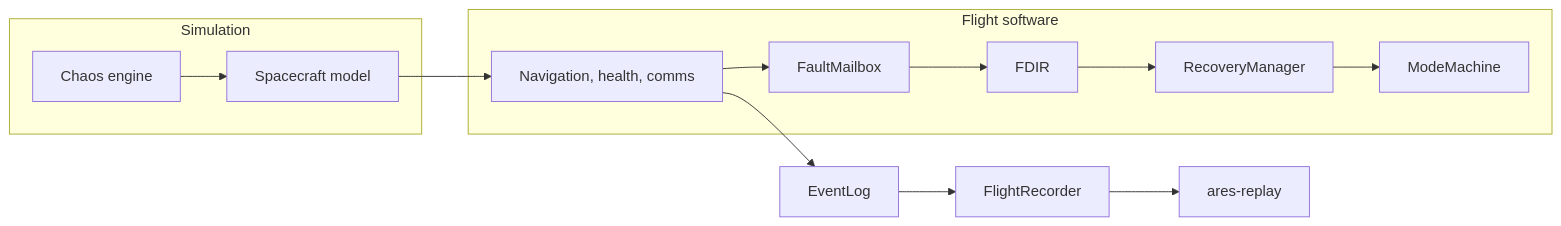
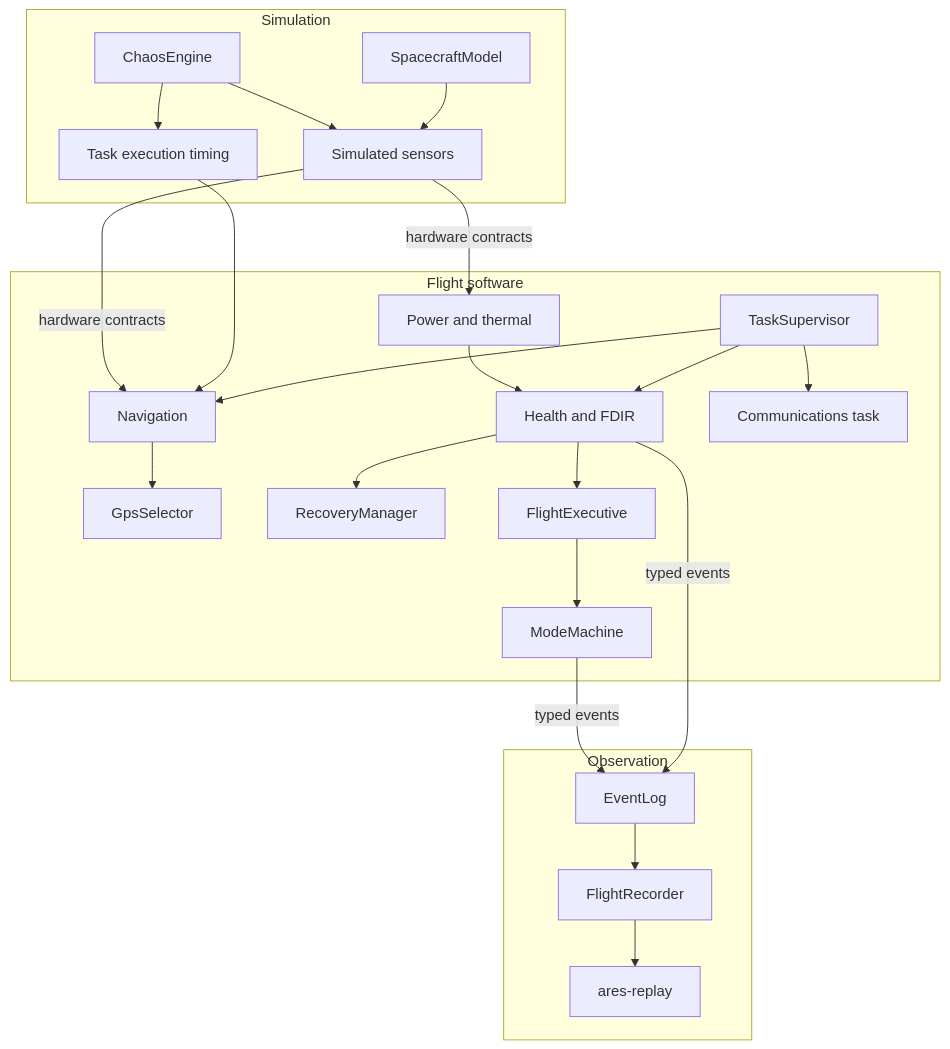
Before and after one commit to anthonyricevuto3-lab/ares: the diagram in README.md, drawn with Mermaid. The commit also changed other lines of this file and 17 other files, not shown here.

````diff
--- a/README.md
+++ b/README.md
@@ -40,20 +39,42 @@
 ```mermaid
-flowchart LR
-  subgraph simulation [Simulation]
-    Chaos[Chaos engine]
-    Craft[Spacecraft model]
+flowchart TB
+  subgraph sim [Simulation]
+    Craft[SpacecraftModel]
+    Chaos[ChaosEngine]
+    Sensors[Simulated sensors]
+    Timing[Task execution timing]
+    Craft --> Sensors
+    Chaos --> Sensors
+    Chaos --> Timing
   end
   subgraph flight [Flight software]
-    Tasks[Navigation, health, comms]
-    Box[FaultMailbox]
-    Fdir[FDIR]
-    Recovery[RecoveryManager]
+    Sup[TaskSupervisor]
+    Nav[Navigation]
+    Health[Health and FDIR]
+    Power[Power and thermal]
+    Comms[Communications task]
+    Gps[GpsSelector]
+    Recov[RecoveryManager]
+    Exec[FlightExecutive]
     Mode[ModeMachine]
+    Sup --> Nav
+    Sup --> Health
+    Sup --> Comms
+    Nav --> Gps
+    Power --> Health
+    Health --> Recov
+    Health --> Exec
+    Exec --> Mode
   end
-  Chaos --> Craft
-  Craft --> Tasks
-  Tasks --> Box --> Fdir --> Recovery --> Mode
-  Tasks --> Log[EventLog]
-  Log --> Rec[FlightRecorder]
-  Rec --> Replay[ares-replay]
+  Timing --> Nav
+  Sensors -->|hardware contracts| Nav
+  Sensors -->|hardware contracts| Power
+  subgraph obs [Observation]
+    Log[EventLog]
+    Rec[FlightRecorder]
+    Replay[ares-replay]
+    Log --> Rec --> Replay
+  end
+  Health -->|typed events| Log
+  Mode -->|typed events| Log
 ```
````
